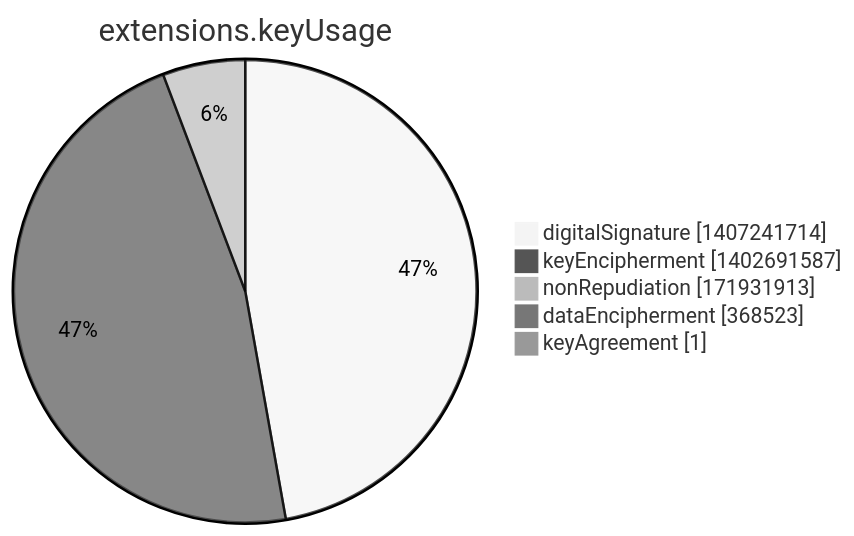
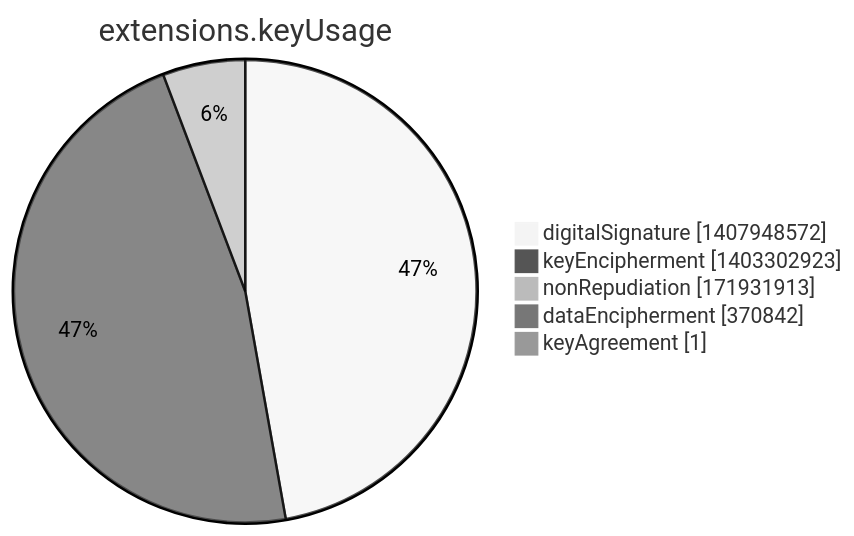
The seventh of 15 diagrams in argon2022/README.md (christiankrug/ctmonitor_visualization), drawn with Mermaid (neutral theme) before and after one commit. The commit also changed other lines of this file, not shown here.

````diff
--- a/argon2022/README.md
+++ b/argon2022/README.md
@@ -2751,9 +2751,9 @@
 ```mermaid
 pie showData
 title extensions.keyUsage
-"digitalSignature" :1407241714
-"keyEncipherment" :1402691587
+"digitalSignature" :1407948572
+"keyEncipherment" :1403302923
 "nonRepudiation" :171931913
-"dataEncipherment" :368523
+"dataEncipherment" :370842
 "keyAgreement" :1
 ```
````
